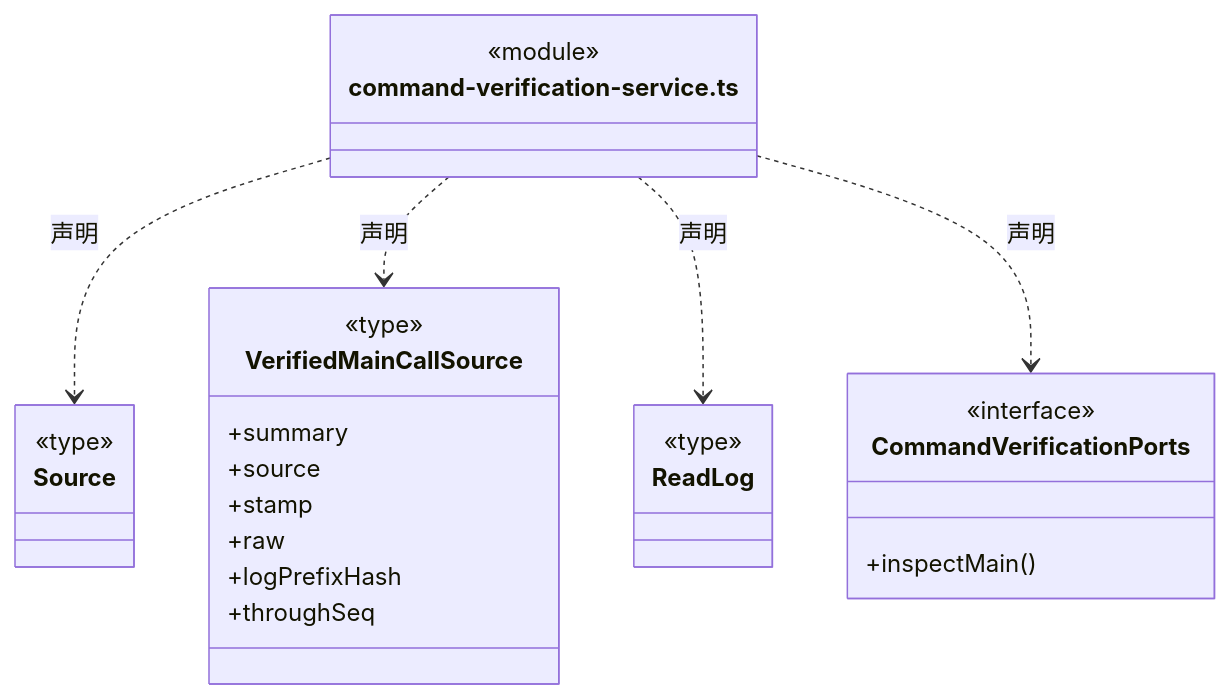
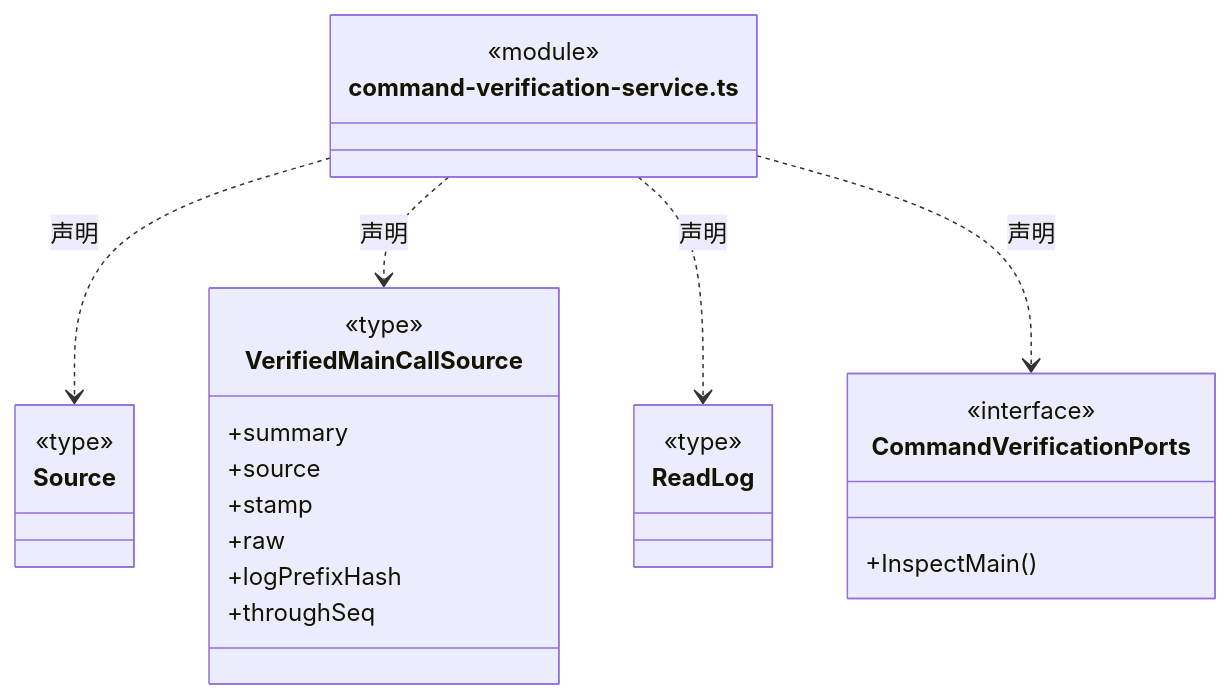
One commit to nan023062/cbim changed the third of 23 diagrams in src/logic/evidence/runtime/ARCHITECTURE.md. Above: the diagram before and after it, drawn with Mermaid. The commit also changed other lines of this file and 1035 other files, not shown here.

````diff
--- a/src/logic/evidence/runtime/ARCHITECTURE.md
+++ b/src/logic/evidence/runtime/ARCHITECTURE.md
@@ -82,31 +82,31 @@
 ```mermaid
 classDiagram
 class N_src_logic_evidence_runtime_command_verification_service_ts["command-verification-service.ts"] {
   <<module>>
 }
 class N_src_logic_evidence_runtime_command_verification_service_ts_Source["Source"] {
   <<type>>
 
 }
 N_src_logic_evidence_runtime_command_verification_service_ts ..> N_src_logic_evidence_runtime_command_verification_service_ts_Source : 声明
 class N_src_logic_evidence_runtime_command_verification_service_ts_VerifiedMainCallSource["VerifiedMainCallSource"] {
   <<type>>
   +summary
   +source
   +stamp
   +raw
   +logPrefixHash
   +throughSeq
 }
 N_src_logic_evidence_runtime_command_verification_service_ts ..> N_src_logic_evidence_runtime_command_verification_service_ts_VerifiedMainCallSource : 声明
 class N_src_logic_evidence_runtime_command_verification_service_ts_ReadLog["ReadLog"] {
   <<type>>
 
 }
 N_src_logic_evidence_runtime_command_verification_service_ts ..> N_src_logic_evidence_runtime_command_verification_service_ts_ReadLog : 声明
 class N_src_logic_evidence_runtime_command_verification_service_ts_CommandVerificationPorts["CommandVerificationPorts"] {
   <<interface>>
-  +inspectMain()
+  +InspectMain()
 }
 N_src_logic_evidence_runtime_command_verification_service_ts ..> N_src_logic_evidence_runtime_command_verification_service_ts_CommandVerificationPorts : 声明
 ```
````
